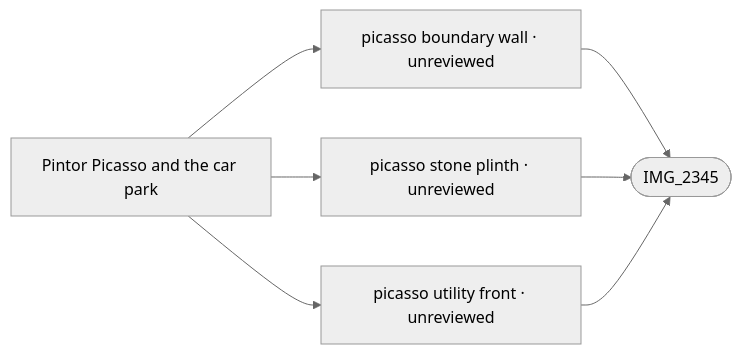
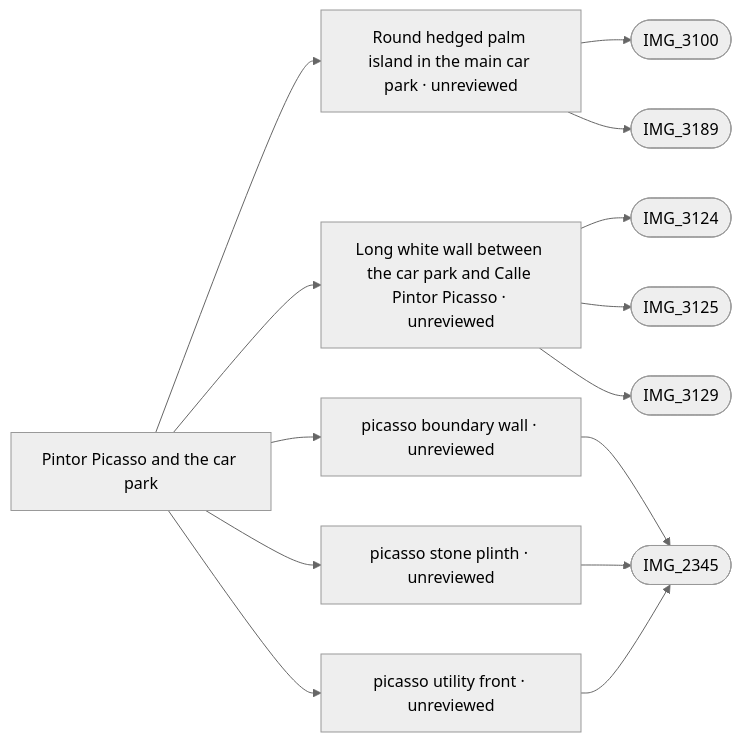
Before and after one commit to daveyboyc/villacana-venture: the diagram in refs/areas/picasso.md, drawn with Mermaid (neutral theme). The commit also changed other lines of this file and 31 other files, not shown here.

First line of the commit message:
Picasso car park: build the long east wall, outline and island as estimates

````diff
--- a/refs/areas/picasso.md
+++ b/refs/areas/picasso.md
@@ -37,10 +37,17 @@
 ```mermaid
 graph LR
   A["Pintor Picasso and the car park"]
-  A --> F0["picasso boundary wall · unreviewed"]
-  F0 --> PIMG_2345_jpg(["IMG_2345"])
-  A --> F1["picasso stone plinth · unreviewed"]
-  F1 --> PIMG_2345_jpg(["IMG_2345"])
-  A --> F2["picasso utility front · unreviewed"]
+  A --> F0["Round hedged palm island in the main car park · unreviewed"]
+  F0 --> PIMG_3100_jpg(["IMG_3100"])
+  F0 --> PIMG_3189_jpg(["IMG_3189"])
+  A --> F1["Long white wall between the car park and Calle Pintor Picasso · unreviewed"]
+  F1 --> PIMG_3124_jpg(["IMG_3124"])
+  F1 --> PIMG_3125_jpg(["IMG_3125"])
+  F1 --> PIMG_3129_jpg(["IMG_3129"])
+  A --> F2["picasso boundary wall · unreviewed"]
   F2 --> PIMG_2345_jpg(["IMG_2345"])
+  A --> F3["picasso stone plinth · unreviewed"]
+  F3 --> PIMG_2345_jpg(["IMG_2345"])
+  A --> F4["picasso utility front · unreviewed"]
+  F4 --> PIMG_2345_jpg(["IMG_2345"])
 ```
````
